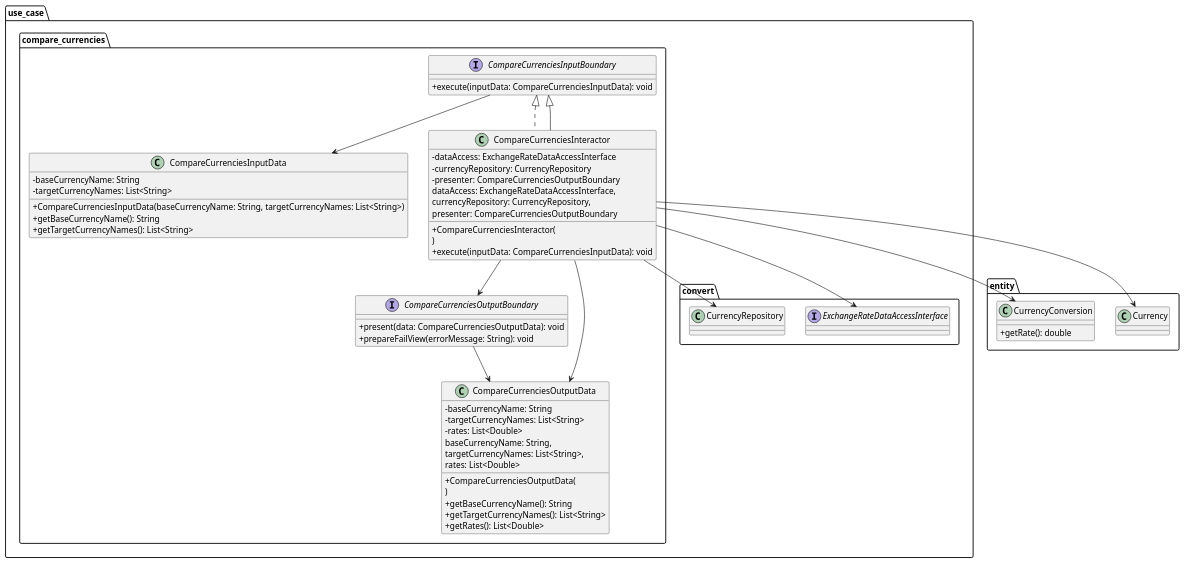
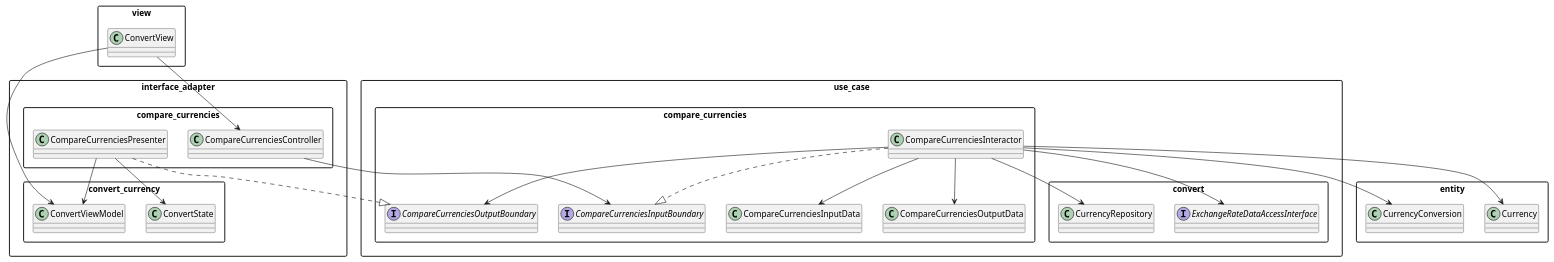
Before and after one commit to houssamyaacoub/currency-converter: the diagram in src/main/java/use_case/compare_currencies/CompareCurrencies.puml, drawn with PlantUML.

Commit message:
Add UML diagram (.puml) for Use Case 6 – Compare Currencies

```diff
--- a/src/main/java/use_case/compare_currencies/CompareCurrencies.puml
+++ b/src/main/java/use_case/compare_currencies/CompareCurrencies.puml
@@ -1,75 +1,79 @@
 @startuml
-skinparam classAttributeIconSize 0
+skinparam packageStyle rectangle
 
-package "use_case.compare_currencies" {
-
-  interface CompareCurrenciesInputBoundary {
-    +execute(inputData: CompareCurrenciesInputData): void
-  }
-
-  class CompareCurrenciesInputData {
-    -baseCurrencyName: String
-    -targetCurrencyNames: List<String>
-    +CompareCurrenciesInputData(baseCurrencyName: String, targetCurrencyNames: List<String>)
-    +getBaseCurrencyName(): String
-    +getTargetCurrencyNames(): List<String>
-  }
-
-  class CompareCurrenciesInteractor implements CompareCurrenciesInputBoundary {
-    -dataAccess: ExchangeRateDataAccessInterface
-    -currencyRepository: CurrencyRepository
-    -presenter: CompareCurrenciesOutputBoundary
-    +CompareCurrenciesInteractor(
-        dataAccess: ExchangeRateDataAccessInterface,
-        currencyRepository: CurrencyRepository,
-        presenter: CompareCurrenciesOutputBoundary
-    )
-    +execute(inputData: CompareCurrenciesInputData): void
-  }
-
-  interface CompareCurrenciesOutputBoundary {
-    +present(data: CompareCurrenciesOutputData): void
-    +prepareFailView(errorMessage: String): void
-  }
-
-  class CompareCurrenciesOutputData {
-    -baseCurrencyName: String
-    -targetCurrencyNames: List<String>
-    -rates: List<Double>
-    +CompareCurrenciesOutputData(
-        baseCurrencyName: String,
-        targetCurrencyNames: List<String>,
-        rates: List<Double>
-    )
-    +getBaseCurrencyName(): String
-    +getTargetCurrencyNames(): List<String>
-    +getRates(): List<Double>
-  }
+' ===========================
+'       UI LAYER
+' ===========================
+package view {
+    class ConvertView
 }
 
-package "use_case.convert" {
-  interface ExchangeRateDataAccessInterface
-  class CurrencyRepository
+' ===========================
+'   INTERFACE ADAPTER LAYER
+' ===========================
+package interface_adapter.compare_currencies {
+    class CompareCurrenciesController
+    class CompareCurrenciesPresenter
 }
 
-package "entity" {
-  class Currency
-  class CurrencyConversion {
-    +getRate(): double
-  }
+package interface_adapter.convert_currency {
+    class ConvertViewModel
+    class ConvertState
 }
 
-' Relationships
-CompareCurrenciesInputBoundary --> CompareCurrenciesInputData
-CompareCurrenciesInteractor -up-|> CompareCurrenciesInputBoundary
+' ===========================
+'        USE CASE LAYER
+' ===========================
+package "use_case.compare_currencies" {
+    interface CompareCurrenciesInputBoundary
+    interface CompareCurrenciesOutputBoundary
 
+    class CompareCurrenciesInteractor
+    class CompareCurrenciesInputData
+    class CompareCurrenciesOutputData
+}
+
+' ===========================
+'        ENTITY / DAO LAYER
+' ===========================
+package entity {
+    class Currency
+    class CurrencyConversion
+}
+
+package use_case.convert {
+    interface ExchangeRateDataAccessInterface
+    class CurrencyRepository
+}
+
+' ===========================
+'       UI → ADAPTER
+' ===========================
+ConvertView --> CompareCurrenciesController
+ConvertView --> ConvertViewModel
+
+' ===========================
+'    CONTROLLER → USE CASE
+' ===========================
+CompareCurrenciesController --> CompareCurrenciesInputBoundary
+
+' ===========================
+'      USE CASE DETAILS
+' ===========================
+CompareCurrenciesInteractor ..|> CompareCurrenciesInputBoundary
+CompareCurrenciesInteractor --> CompareCurrenciesOutputBoundary
+CompareCurrenciesInteractor --> CompareCurrenciesInputData
+CompareCurrenciesInteractor --> CompareCurrenciesOutputData
 CompareCurrenciesInteractor --> ExchangeRateDataAccessInterface
 CompareCurrenciesInteractor --> CurrencyRepository
-CompareCurrenciesInteractor --> CompareCurrenciesOutputBoundary
 CompareCurrenciesInteractor --> Currency
 CompareCurrenciesInteractor --> CurrencyConversion
-CompareCurrenciesInteractor --> CompareCurrenciesOutputData
 
-CompareCurrenciesOutputBoundary --> CompareCurrenciesOutputData
+' ===========================
+'  PRESENTER → VIEWMODEL
+' ===========================
+CompareCurrenciesPresenter ..|> CompareCurrenciesOutputBoundary
+CompareCurrenciesPresenter --> ConvertViewModel
+CompareCurrenciesPresenter --> ConvertState
 
 @enduml
```
